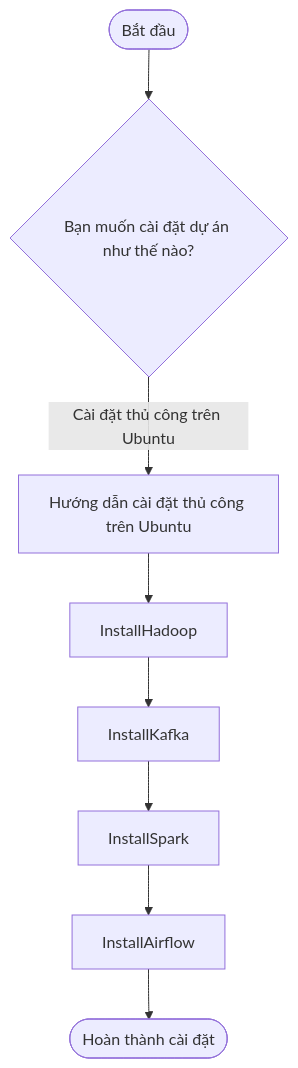
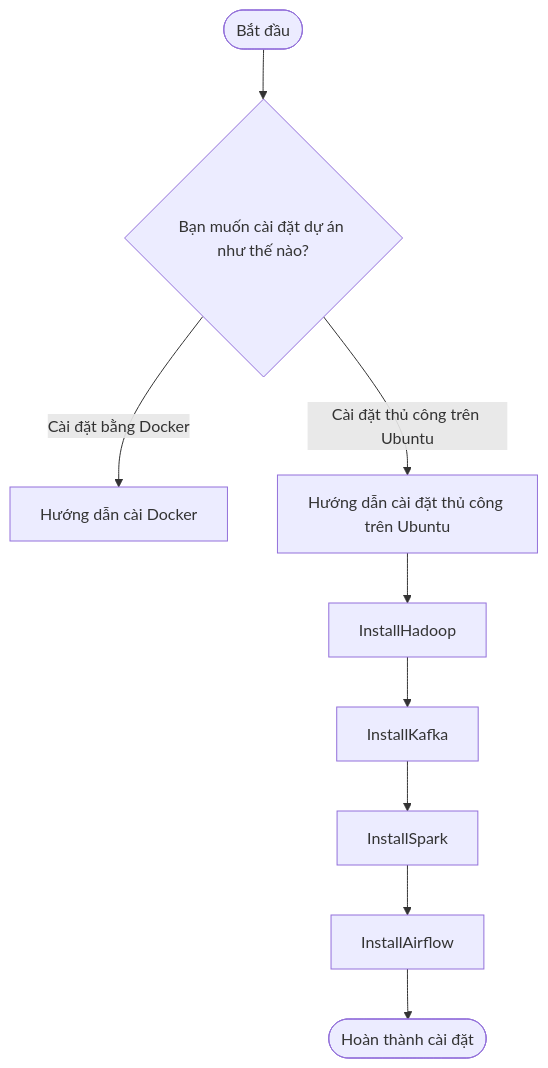
Before and after one commit to trgtanhh04/End-to-End-MovieDB-Data-Engineering: the diagram in README.md, drawn with Mermaid. The commit also changed other lines of this file, not shown here.

````diff
--- a/README.md
+++ b/README.md
@@ -179,10 +179,11 @@
 ```mermaid
 flowchart TD
     Start([Bắt đầu]) --> InstallOption{Bạn muốn cài đặt dự án như thế nào?}
+    InstallOption -->|Cài đặt bằng Docker| Docker[Hướng dẫn cài Docker]
     InstallOption -->|Cài đặt thủ công trên Ubuntu| Manual[Hướng dẫn cài đặt thủ công trên Ubuntu]
     Manual --> InstallHadoop
     InstallHadoop --> InstallKafka
     InstallKafka --> InstallSpark
     InstallSpark --> InstallAirflow
     InstallAirflow --> Finish([Hoàn thành cài đặt])
 ```
````
